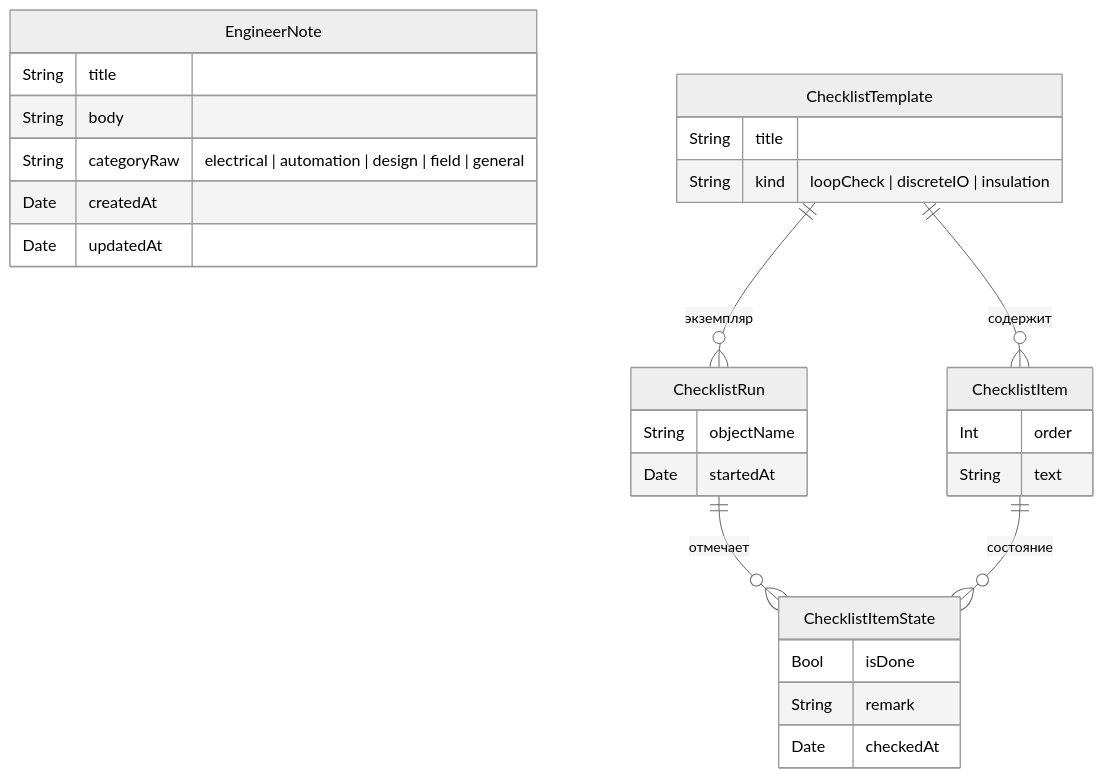
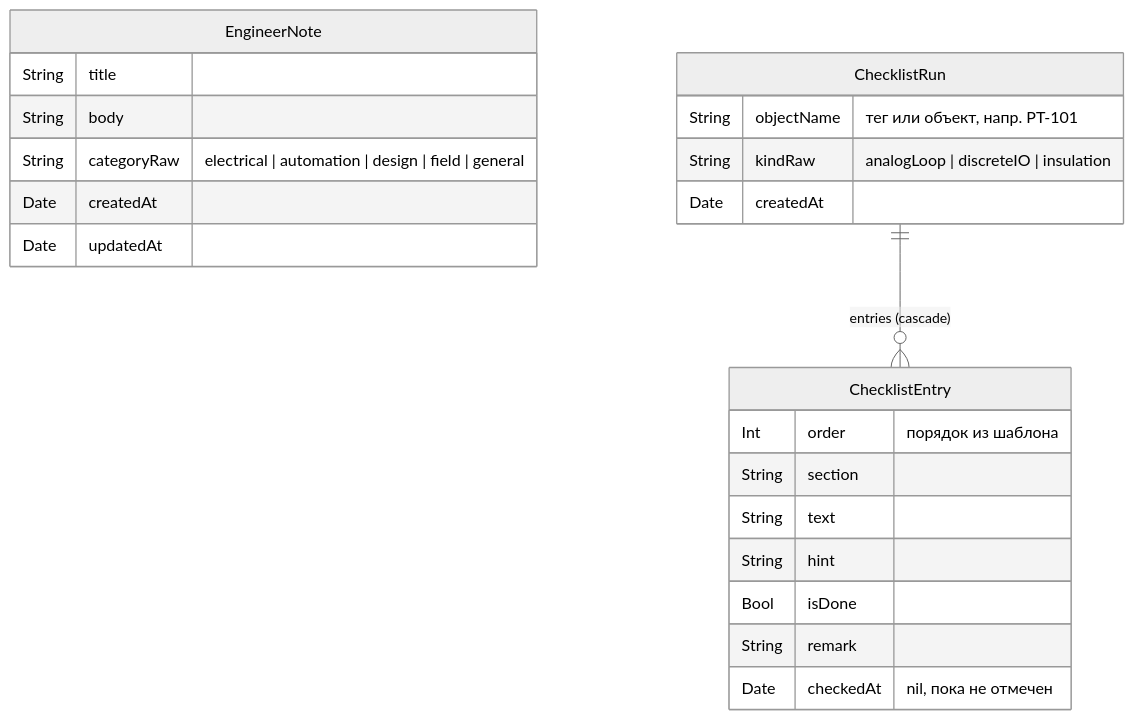
One commit to poluprozra4niy/industrial-toolkit-ios changed the diagram in ERD.md. Above: the diagram before and after it, drawn with Mermaid (neutral theme). The commit also changed other lines of this file and 11 other files, not shown here.

First line of the commit message:
feat: commissioning checklists (loop check AI, DI/DO, insulation)

````diff
--- a/ERD.md
+++ b/ERD.md
@@ -5,31 +5,25 @@
 ```mermaid
 erDiagram
     EngineerNote {
         String title
         String body
         String categoryRaw "electrical | automation | design | field | general"
         Date createdAt
         Date updatedAt
     }
-    ChecklistTemplate ||--o{ ChecklistItem : "содержит"
-    ChecklistRun ||--o{ ChecklistItemState : "отмечает"
-    ChecklistTemplate ||--o{ ChecklistRun : "экземпляр"
-    ChecklistItem ||--o{ ChecklistItemState : "состояние"
-    ChecklistTemplate {
-        String title
-        String kind "loopCheck | discreteIO | insulation"
+    ChecklistRun ||--o{ ChecklistEntry : "entries (cascade)"
+    ChecklistRun {
+        String objectName "тег или объект, напр. PT-101"
+        String kindRaw "analogLoop | discreteIO | insulation"
+        Date createdAt
     }
-    ChecklistItem {
-        Int order
+    ChecklistEntry {
+        Int order "порядок из шаблона"
+        String section
         String text
-    }
-    ChecklistRun {
-        String objectName
-        Date startedAt
-    }
-    ChecklistItemState {
+        String hint
         Bool isDone
         String remark
-        Date checkedAt
+        Date checkedAt "nil, пока не отмечен"
     }
 ```
````
